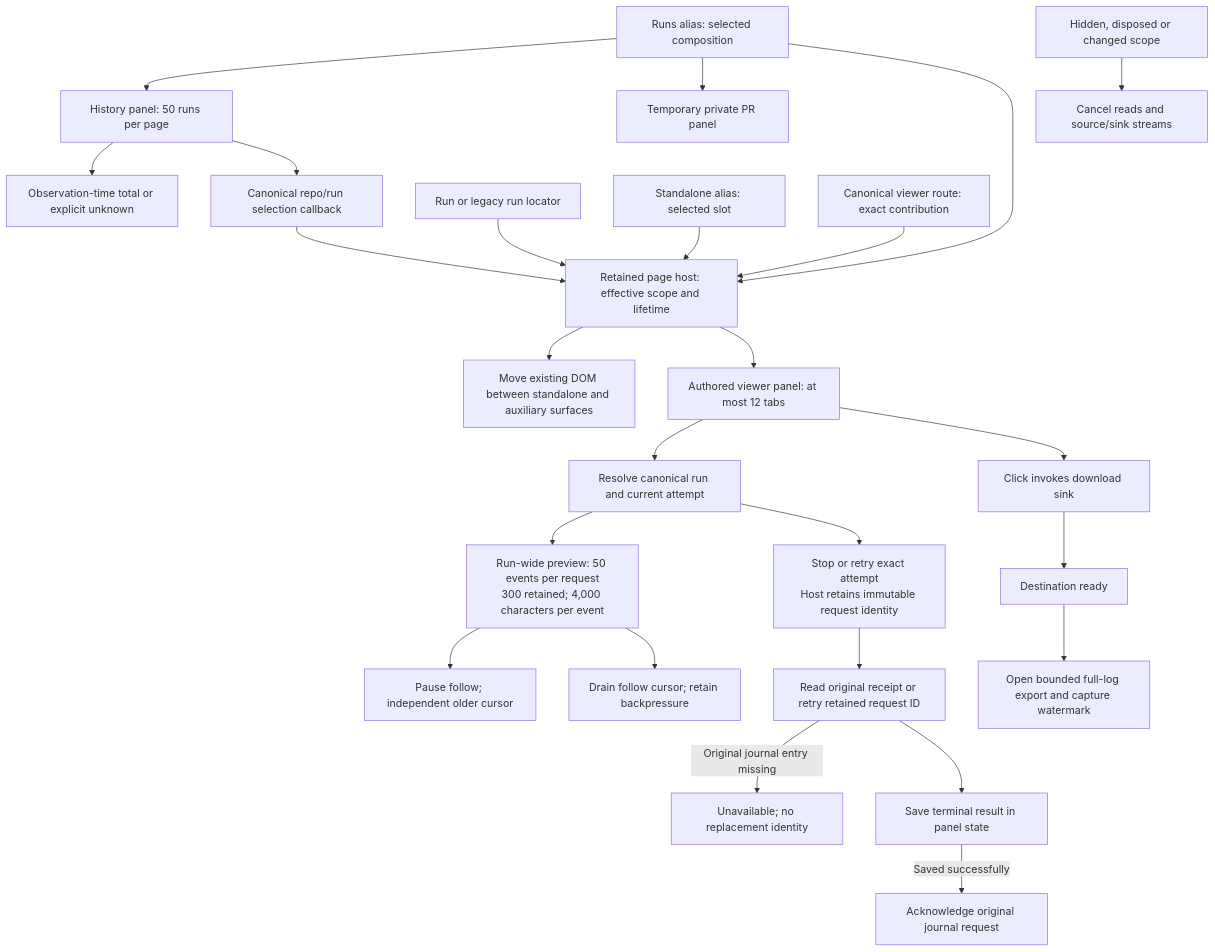
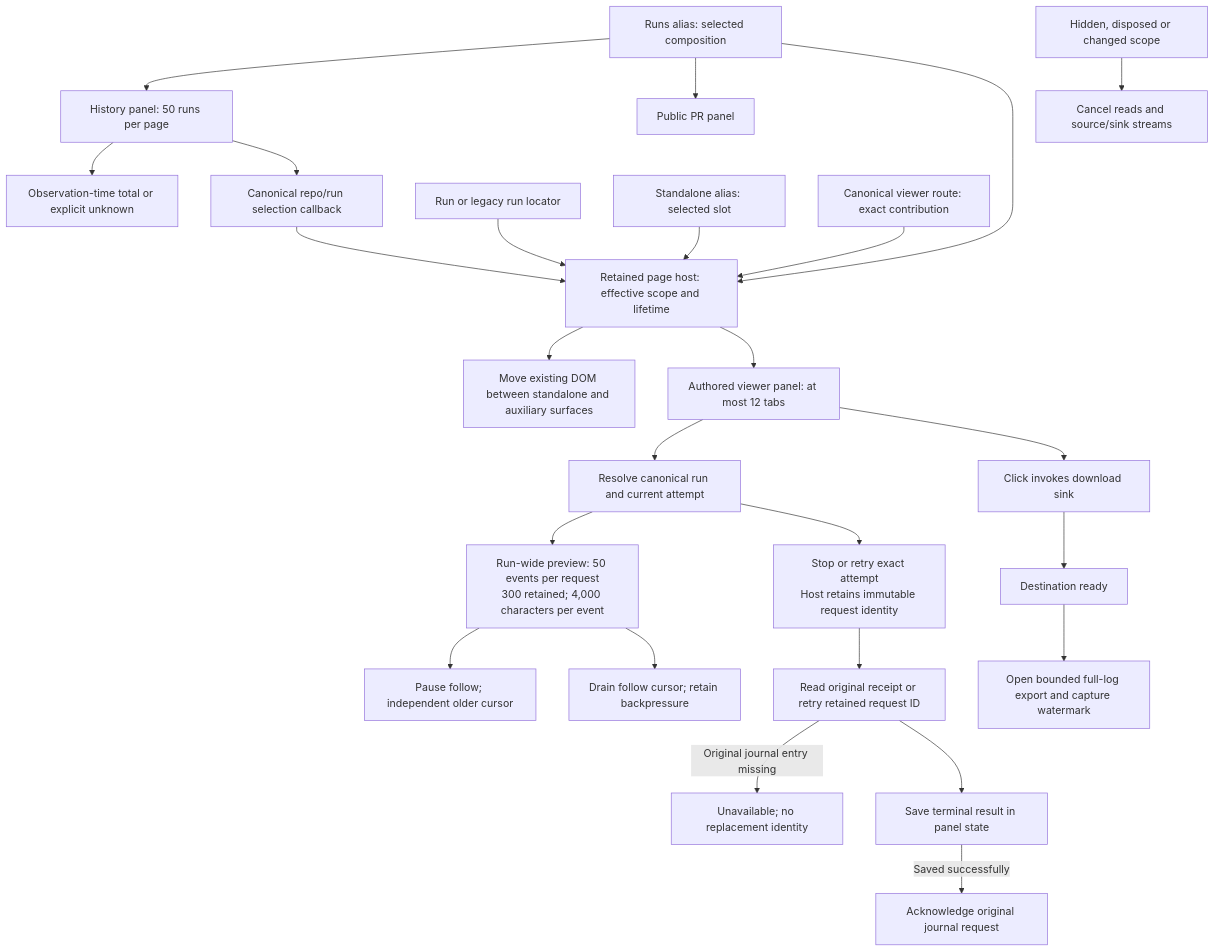
One commit to nloehlein-godaddy/helmsman changed the diagram in docs/run-presentation-authoring.md. Above: the diagram before and after it, drawn with Mermaid. The commit also changed other lines of this file and 115 other files, not shown here.

````diff
--- a/docs/run-presentation-authoring.md
+++ b/docs/run-presentation-authoring.md
@@ -21,27 +22,27 @@
 ```mermaid
 flowchart TD
     Runs[Runs alias: selected composition] --> History
-    Runs --> PR[Temporary private PR panel]
+    Runs --> PR[Public PR panel]
     Runs --> Host
     History[History panel: 50 runs per page] --> Count[Observation-time total or explicit unknown]
     History --> Selection[Canonical repo/run selection callback]
     External[Run or legacy run locator] --> Host[Retained page host: effective scope and lifetime]
     Selection --> Host
     Alias[Standalone alias: selected slot] --> Host
     Canonical[Canonical viewer route: exact contribution] --> Host
     Host --> Surface[Move existing DOM between standalone and auxiliary surfaces]
     Host --> Viewer[Authored viewer panel: at most 12 tabs]
     Viewer --> Resolve[Resolve canonical run and current attempt]
     Resolve --> Logs[Run-wide preview: 50 events per request<br/>300 retained; 4,000 characters per event]
     Logs --> Older[Pause follow; independent older cursor]
     Logs --> Follow[Drain follow cursor; retain backpressure]
     Resolve --> Commands[Stop or retry exact attempt<br/>Host retains immutable request identity]
     Commands --> Receipt[Read original receipt or retry retained request ID]
     Receipt -->|Original journal entry missing| Unavailable[Unavailable; no replacement identity]
     Receipt --> Save[Save terminal result in panel state]
     Save -->|Saved successfully| Ack[Acknowledge original journal request]
     Viewer --> Download[Click invokes download sink]
     Download --> Ready[Destination ready]
     Ready --> Export[Open bounded full-log export and capture watermark]
     Inactive[Hidden, disposed or changed scope] --> Cancel[Cancel reads and source/sink streams]
 ```
````
